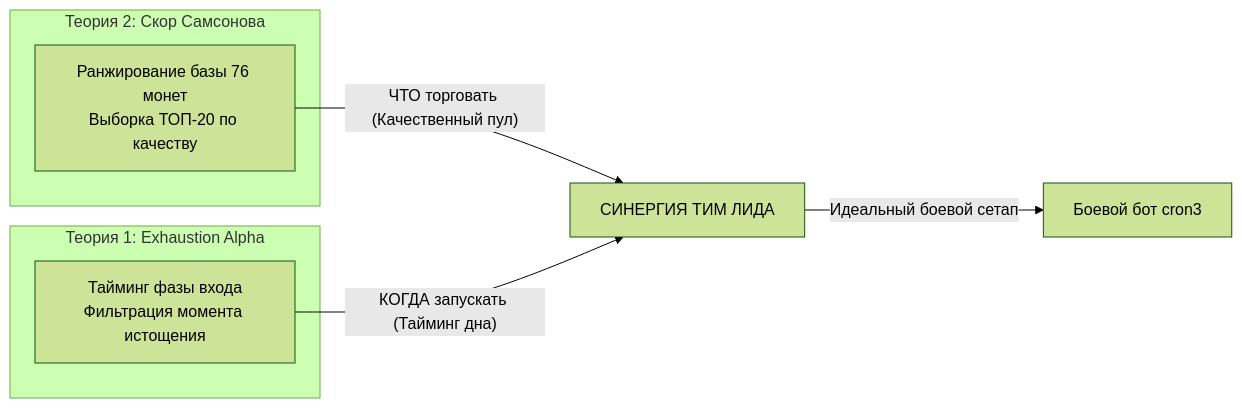
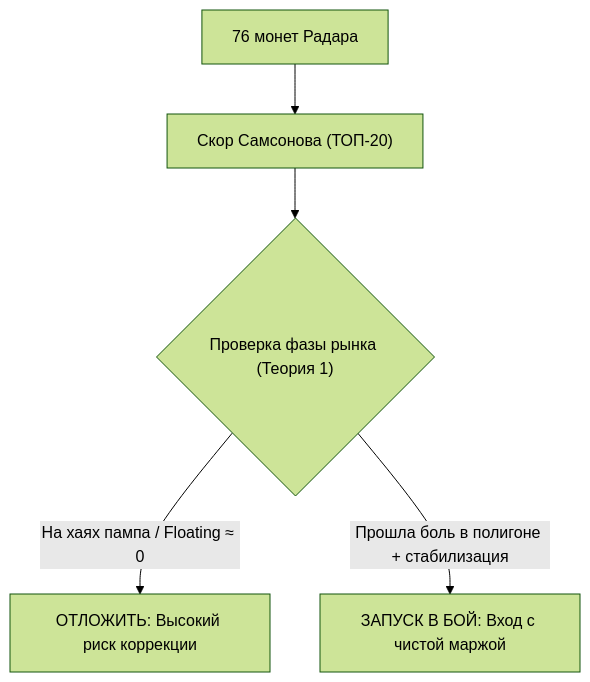
Before and after one commit to hotelUpz77745/cron3: the second of 2 diagrams in COIN_SELECTION_THEORIES.md, drawn with Mermaid (forest theme). The commit also changed other lines of this file, not shown here.

````diff
--- a/COIN_SELECTION_THEORIES.md
+++ b/COIN_SELECTION_THEORIES.md
@@ -81,14 +153,7 @@
 ```mermaid
-graph LR
-    subgraph "Теория 2: Скор Самсонова"
-        S2["Ранжирование базы 76 монет<br/>Выборка ТОП-20 по качеству"]
-    end
-    
-    subgraph "Теория 1: Exhaustion Alpha"
-        S1["Тайминг фазы входа<br/>Фильтрация момента истощения"]
-    end
-
-    S2 -->|"ЧТО торговать (Качественный пул)"| SYN["СИНЕРГИЯ ТИМ ЛИДА"]
-    S1 -->|"КОГДА запускать (Тайминг дна)"| SYN
-    SYN -->|"Идеальный боевой сетап"| LIVE["Боевой бот cron3"]
+graph TD
+    A["76 монет Радара"] --> B["Скор Самсонова (ТОП-20)"]
+    B --> C{"Проверка фазы рынка (Теория 1)"}
+    C -->|"На хаях пампа / Floating ≈ 0"| D["ОТЛОЖИТЬ: Высокий риск коррекции"]
+    C -->|"Прошла боль в полигоне + стабилизация"| E["ЗАПУСК В БОЙ: Вход с чистой маржой"]
 ```
````
